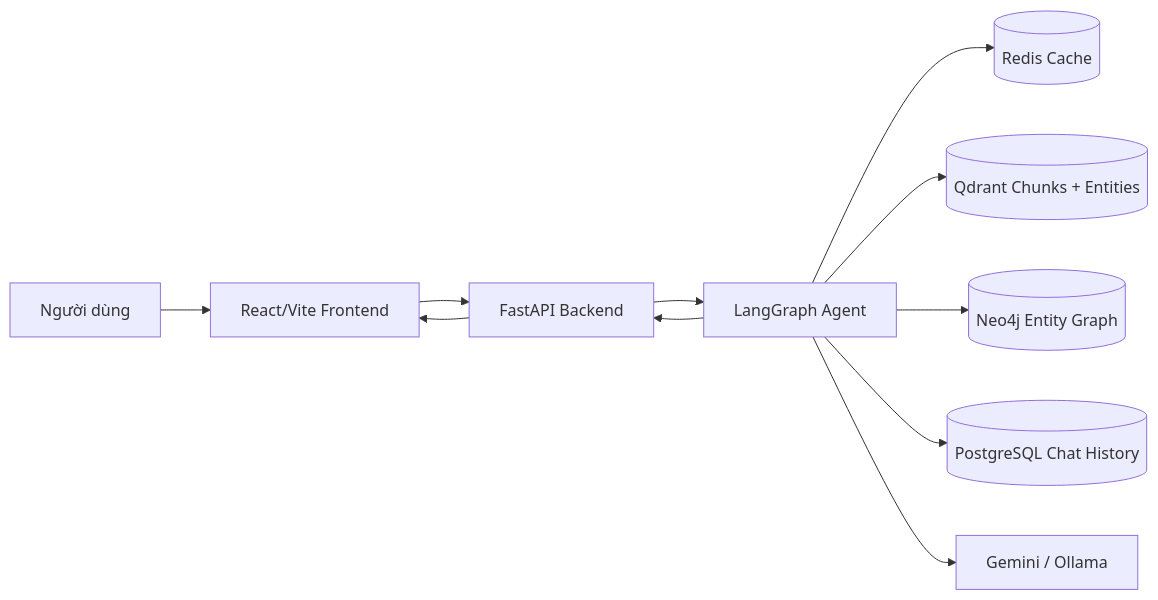
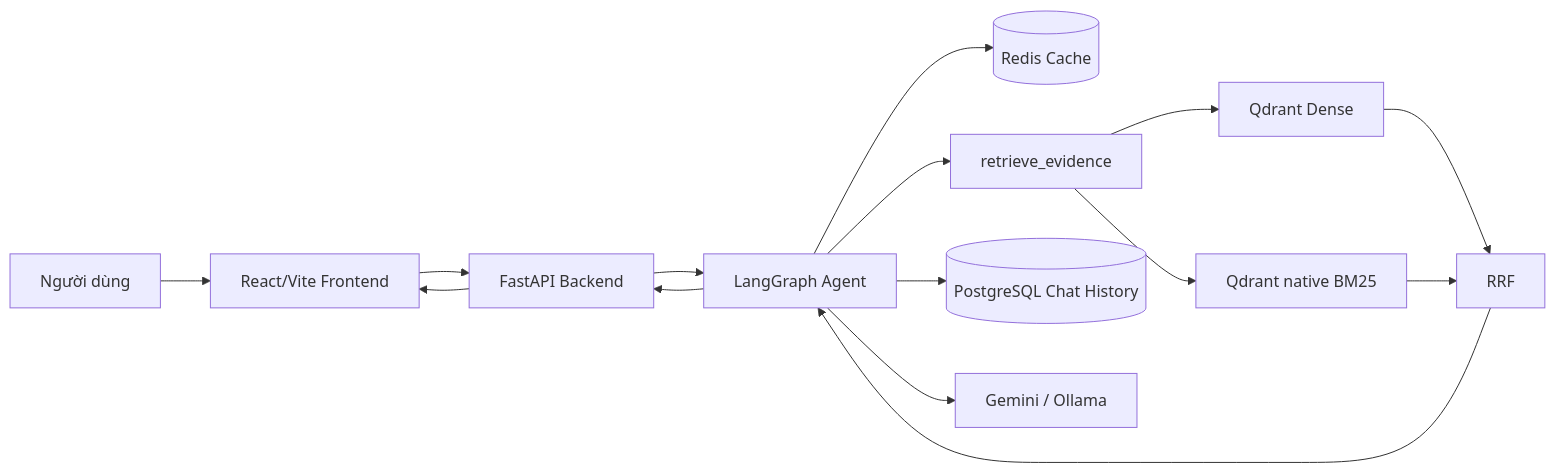
The first of 2 diagrams in README.md (MinhHoang1403/Acne_Advisor_AI), drawn with Mermaid before and after one commit. The commit also changed other lines of this file and 8 other files, not shown here.

Commit message:
docs: freeze final S4B architecture

````diff
--- a/README.md
+++ b/README.md
@@ -95,13 +95,17 @@
 ```mermaid
 flowchart LR
     User[Người dùng] --> UI[React/Vite Frontend]
     UI --> API[FastAPI Backend]
     API --> Agent[LangGraph Agent]
     Agent --> Cache[(Redis Cache)]
-    Agent --> Qdrant[(Qdrant Chunks + Entities)]
-    Agent --> Neo4j[(Neo4j Entity Graph)]
+    Agent --> Tool[retrieve_evidence]
+    Tool --> Dense[Qdrant Dense]
+    Tool --> BM25[Qdrant native BM25]
+    Dense --> RRF[RRF]
+    BM25 --> RRF
+    RRF --> Agent
     Agent --> PG[(PostgreSQL Chat History)]
     Agent --> LLM[Gemini / Ollama]
     Agent --> API
     API --> UI
 ```
````
